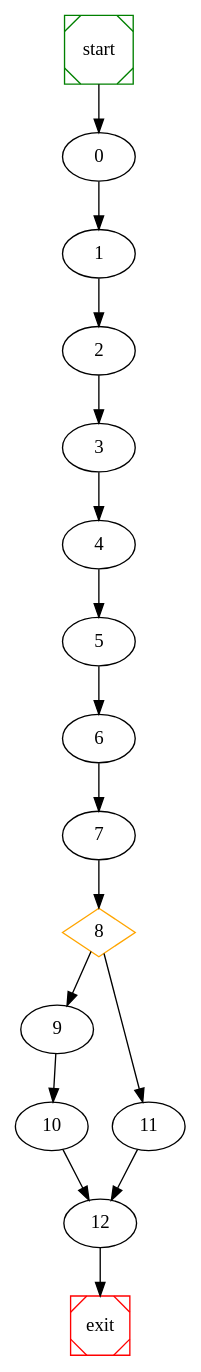
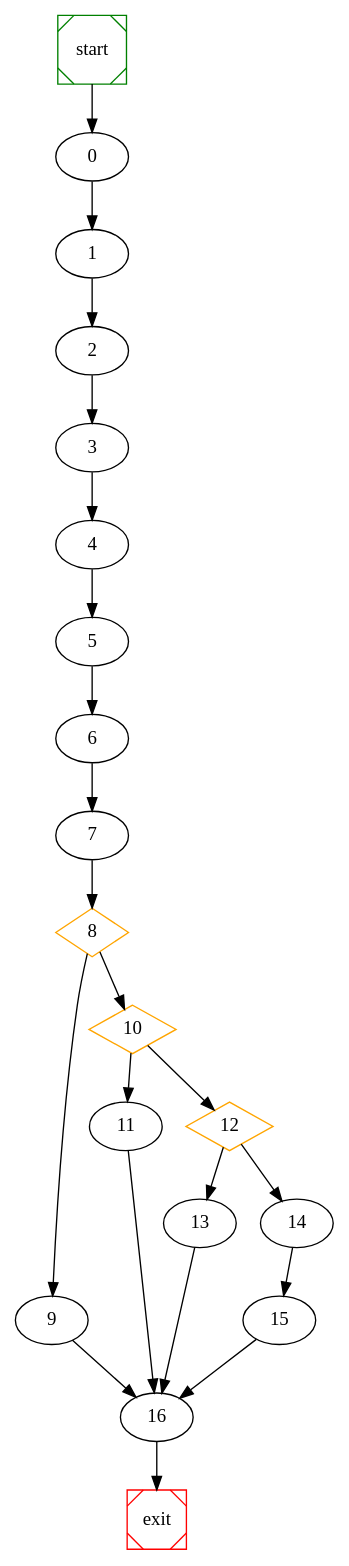
One commit to NabeelQaiser/BTP_2k18-19 changed the diagram in cnf/raw_graph.dot. Above: the diagram before and after it, drawn with Graphviz. The commit also changed 10 other files, not shown here.

```diff
--- a/cnf/raw_graph.dot
+++ b/cnf/raw_graph.dot
@@ -1,23 +1,31 @@
 # dot file created at runtime
 
 digraph G {
 	start -> 0;
 	0 -> 1 ;
 	1 -> 2 ;
 	2 -> 3 ;
 	3 -> 4 ;
 	4 -> 5 ;
 	5 -> 6 ;
 	6 -> 7 ;
 	8 [shape=diamond, color=orange] ;
-	9 -> 10 ;
 	8 -> 9 ;
-	8 -> 11 ;
+	10 [shape=diamond, color=orange] ;
+	8 -> 10 ;
+	10 -> 11 ;
+	12 [shape=diamond, color=orange] ;
+	10 -> 12 ;
+	12 -> 13 ;
+	14 -> 15 ;
+	12 -> 14 ;
 	7 -> 8 ;
-	10 -> 12 ;
-	11 -> 12 ;
-	12 -> exit;
+	9 -> 16 ;
+	11 -> 16 ;
+	15 -> 16 ;
+	13 -> 16 ;
+	16 -> exit;
 
 	start [shape=Msquare, color=green];
 	exit [shape=Msquare, color=red];
 }
```
